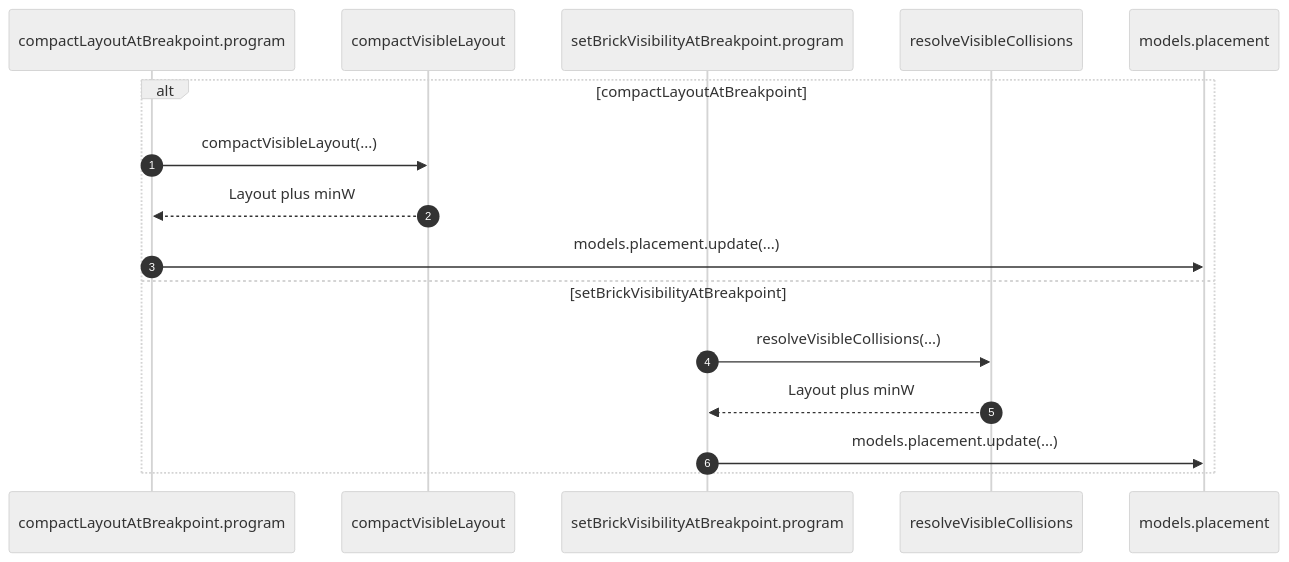
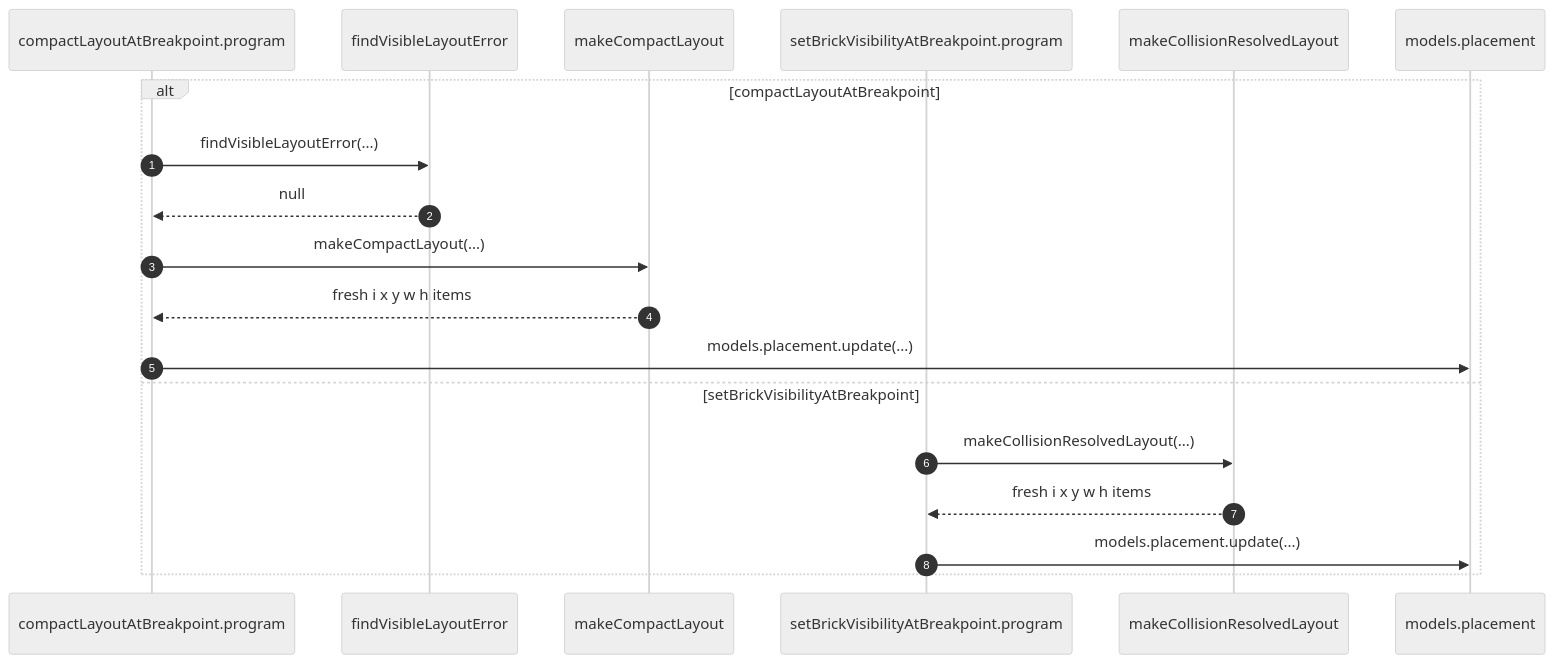
The third of 4 diagrams in wiki/architecture/browser/LibraryGridItem.md (morgs32/qrk.sh), drawn with Mermaid (neutral theme) before and after one commit. The commit also changed other lines of this file and 19 other files, not shown here.

````diff
--- a/wiki/architecture/browser/LibraryGridItem.md
+++ b/wiki/architecture/browser/LibraryGridItem.md
@@ -127,23 +134,28 @@
 ```mermaid
 sequenceDiagram
   participant compactProgram as compactLayoutAtBreakpoint.program
-  participant compactVisibleLayout
+  participant findVisibleLayoutError
+  participant makeCompactLayout
   participant setVisibilityProgram as setBrickVisibilityAtBreakpoint.program
-  participant resolveVisibleCollisions
+  participant makeCollisionResolvedLayout
   participant placementModel as models.placement
   alt compactLayoutAtBreakpoint
     autonumber 1
-    compactProgram->>compactVisibleLayout: compactVisibleLayout(...)
+    compactProgram->>findVisibleLayoutError: findVisibleLayoutError(...)
     autonumber 2
-    compactVisibleLayout-->>compactProgram: Layout plus minW
+    findVisibleLayoutError-->>compactProgram: null
     autonumber 3
+    compactProgram->>makeCompactLayout: makeCompactLayout(...)
+    autonumber 4
+    makeCompactLayout-->>compactProgram: fresh i x y w h items
+    autonumber 5
     compactProgram->>placementModel: models.placement.update(...)
   else setBrickVisibilityAtBreakpoint
-    autonumber 4
-    setVisibilityProgram->>resolveVisibleCollisions: resolveVisibleCollisions(...)
-    autonumber 5
-    resolveVisibleCollisions-->>setVisibilityProgram: Layout plus minW
     autonumber 6
+    setVisibilityProgram->>makeCollisionResolvedLayout: makeCollisionResolvedLayout(...)
+    autonumber 7
+    makeCollisionResolvedLayout-->>setVisibilityProgram: fresh i x y w h items
+    autonumber 8
     setVisibilityProgram->>placementModel: models.placement.update(...)
   end
 ```
````
